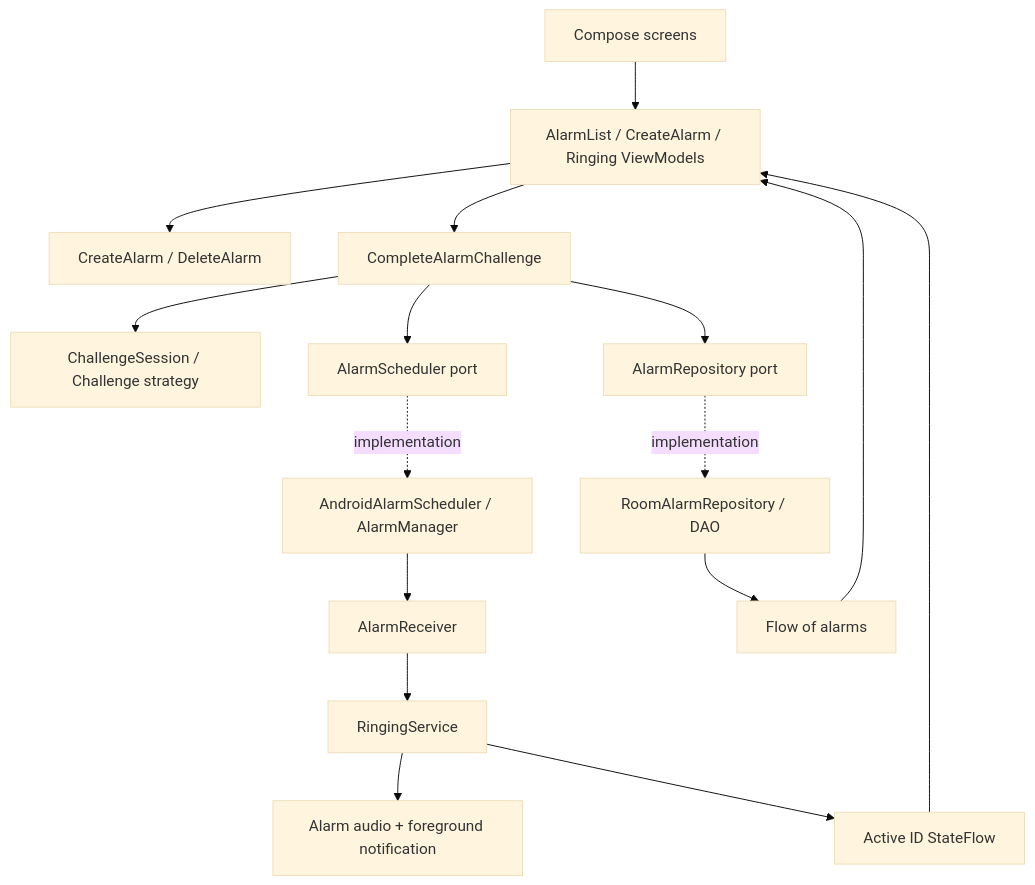
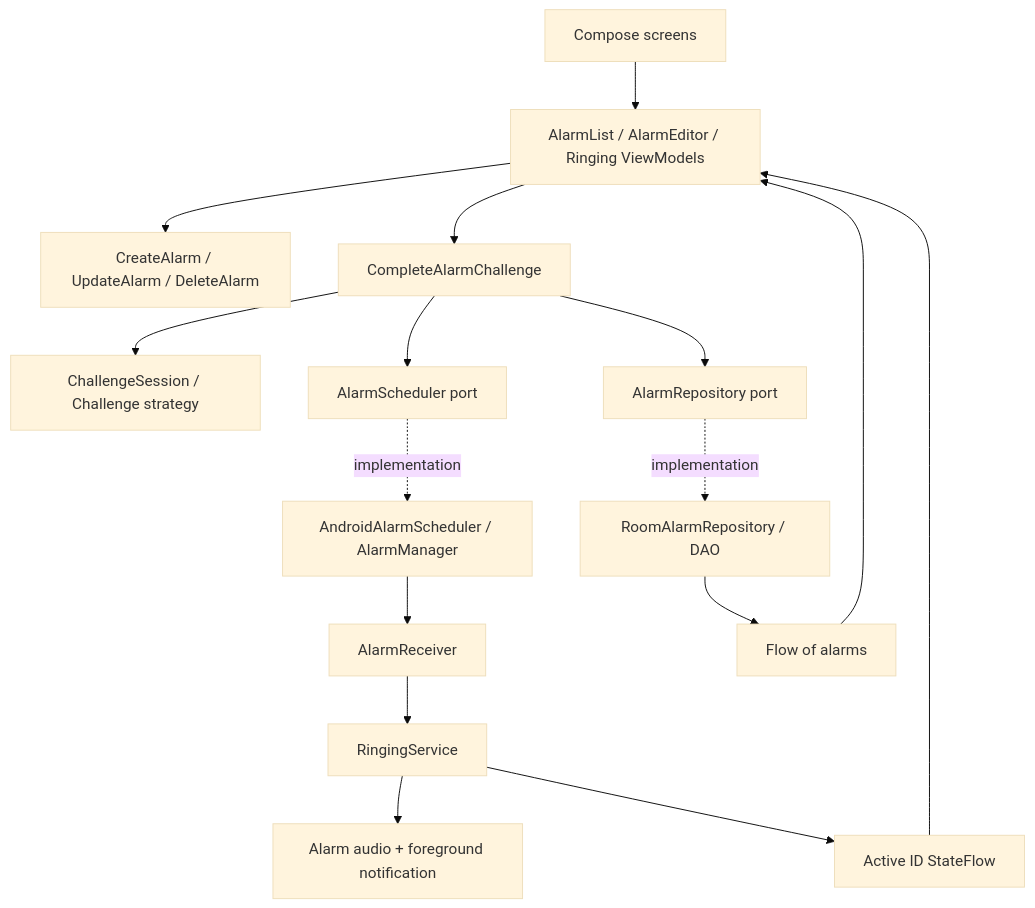
One commit to samnamdeo1306/Android-Apps changed the diagram in apps/daybreak/docs/ARCHITECTURE.md. Above: the diagram before and after it, drawn with Mermaid (base theme). The commit also changed other lines of this file and 18 other files, not shown here.

Commit message:
Add Daybreak time picker and shared alarm editor

````diff
--- a/apps/daybreak/docs/ARCHITECTURE.md
+++ b/apps/daybreak/docs/ARCHITECTURE.md
@@ -7,18 +7,18 @@
 ```mermaid
 flowchart TD
-    UI[Compose screens] --> VM[AlarmList / CreateAlarm / Ringing ViewModels]
-    VM --> CREATE[CreateAlarm / DeleteAlarm]
+    UI[Compose screens] --> VM[AlarmList / AlarmEditor / Ringing ViewModels]
+    VM --> CREATE[CreateAlarm / UpdateAlarm / DeleteAlarm]
     VM --> UC[CompleteAlarmChallenge]
     UC --> CS[ChallengeSession / Challenge strategy]
     UC --> RP[AlarmRepository port]
     UC --> SP[AlarmScheduler port]
     RP -. implementation .-> ROOM[RoomAlarmRepository / DAO]
     SP -. implementation .-> AM[AndroidAlarmScheduler / AlarmManager]
     AM --> RX[AlarmReceiver]
     RX --> SVC[RingingService]
     SVC --> AUDIO[Alarm audio + foreground notification]
     SVC --> ACTIVE[Active ID StateFlow]
     ACTIVE --> VM
     ROOM --> FLOW[Flow of alarms]
     FLOW --> VM
 ```
````
